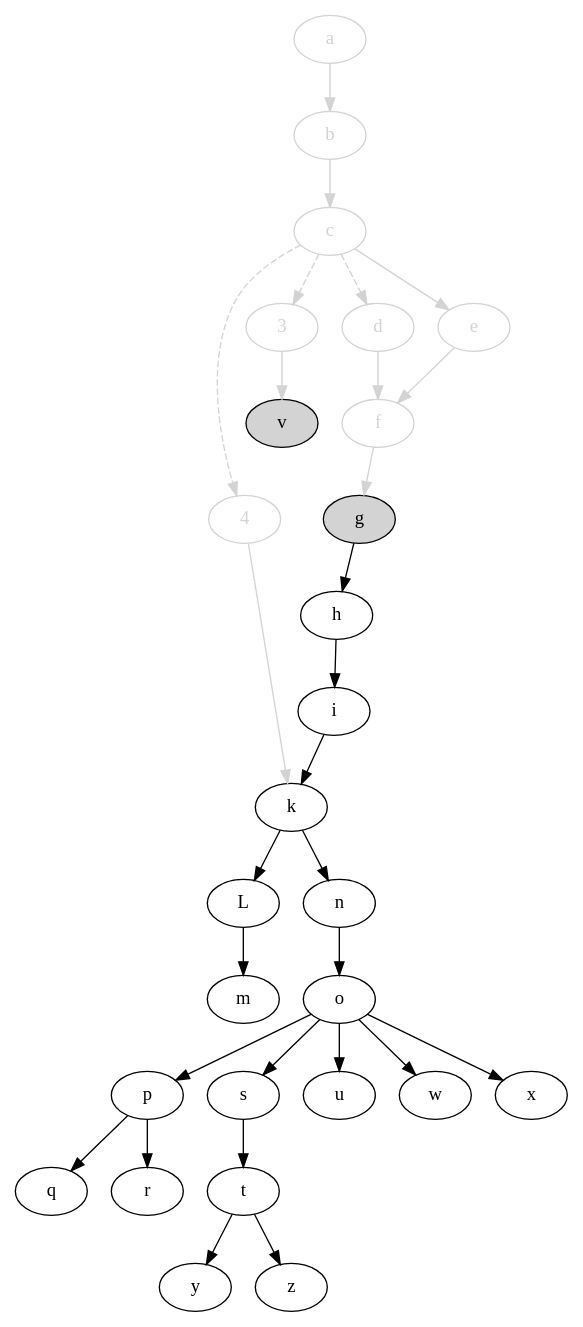
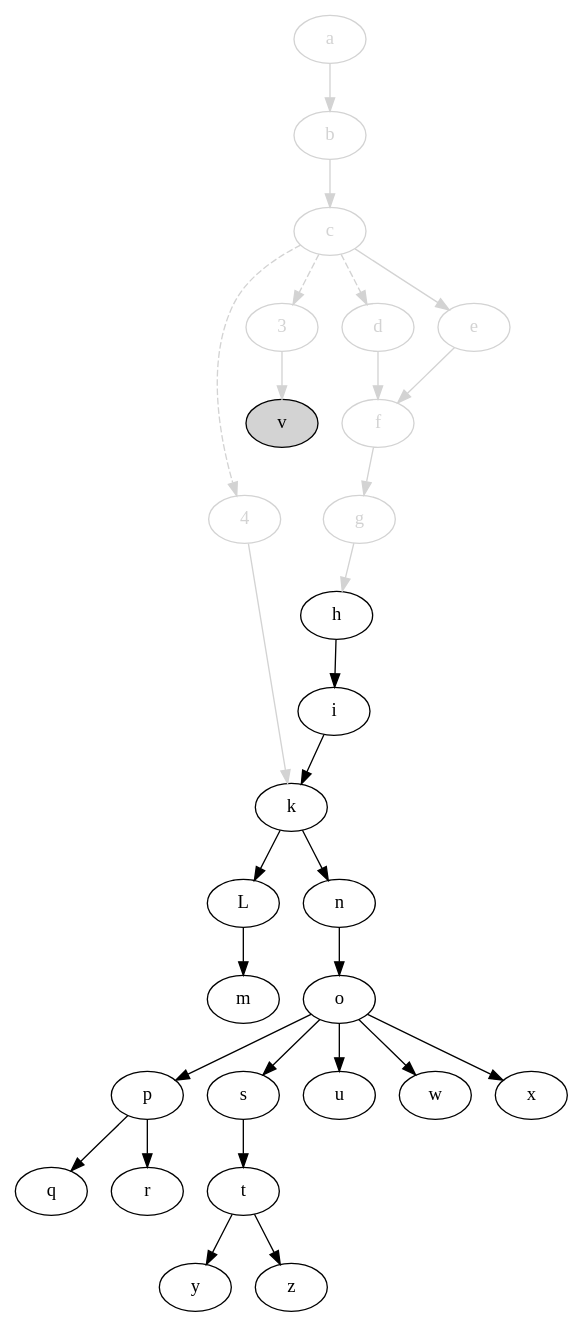
One commit to jdmpapin/svm-startup-deps changed the diagram in svm-startup-deps.dot. Above: the diagram before and after it, drawn with Graphviz. The commit also changed 1 other file, not shown here.

```diff
--- a/svm-startup-deps.dot
+++ b/svm-startup-deps.dot
@@ -1,58 +1,58 @@
 digraph {
     4 [color=lightgrey,fontcolor=lightgrey];
     3 [color=lightgrey,fontcolor=lightgrey];
     a [color=lightgrey,fontcolor=lightgrey];
     b [color=lightgrey,fontcolor=lightgrey];
     c [color=lightgrey,fontcolor=lightgrey];
     d [color=lightgrey,fontcolor=lightgrey];
     e [color=lightgrey,fontcolor=lightgrey];
     f [color=lightgrey,fontcolor=lightgrey];
-    g [style=filled,fillcolor=lightgrey];
+    g [color=lightgrey,fontcolor=lightgrey];
     h;
     i;
     k;
     L;
     m;
     n;
     o;
     p;
     q;
     r;
     s;
     t;
     u;
     v [style=filled,fillcolor=lightgrey];
     w;
     x;
     y;
     z;
 
     4 -> k [color=lightgrey];
     c -> 4 [style=dashed,color=lightgrey];
     c -> 3 [style=dashed,color=lightgrey];
     c -> d [style=dashed,color=lightgrey];
     3 -> v [color=lightgrey];
     a -> b [color=lightgrey];
     b -> c [color=lightgrey];
     c -> e [color=lightgrey];
     d -> f [color=lightgrey];
     e -> f [color=lightgrey];
     f -> g [color=lightgrey];
-    g -> h;
+    g -> h [color=lightgrey];
     h -> i;
     i -> k;
     k -> L;
     L -> m;
     k -> n;
     n -> o;
     o -> p;
     p -> q;
     p -> r;
     o -> s;
     s -> t;
     o -> u;
     o -> w;
     o -> x;
     t -> y;
     t -> z;
 }
```
